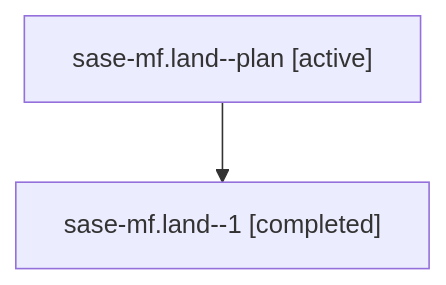
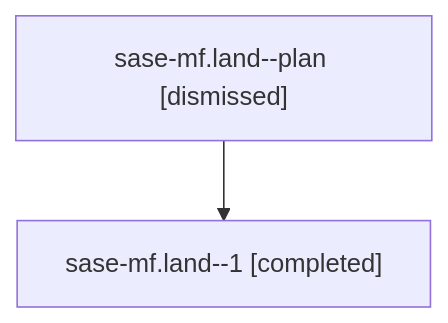
Before and after one commit to sase-org/sase--agents: the diagram in sessions/bbugyi200.athena.sase-mf.land.md, drawn with Mermaid. The commit also changed other lines of this file and 69 other files, not shown here.

````diff
--- a/sessions/bbugyi200.athena.sase-mf.land.md
+++ b/sessions/bbugyi200.athena.sase-mf.land.md
@@ -9,6 +9,6 @@
 ```mermaid
 flowchart TD
-  n0["sase-mf.land--plan [active]"]
+  n0["sase-mf.land--plan [dismissed]"]
   n1["sase-mf.land--1 [completed]"]
   n0 --> n1
 ```
````
